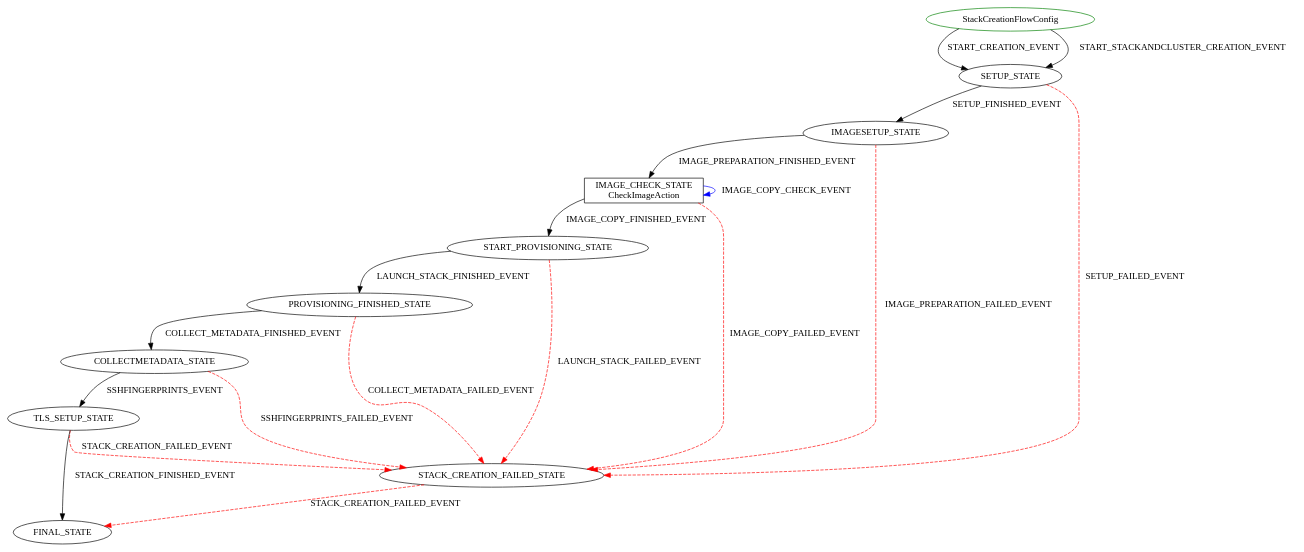
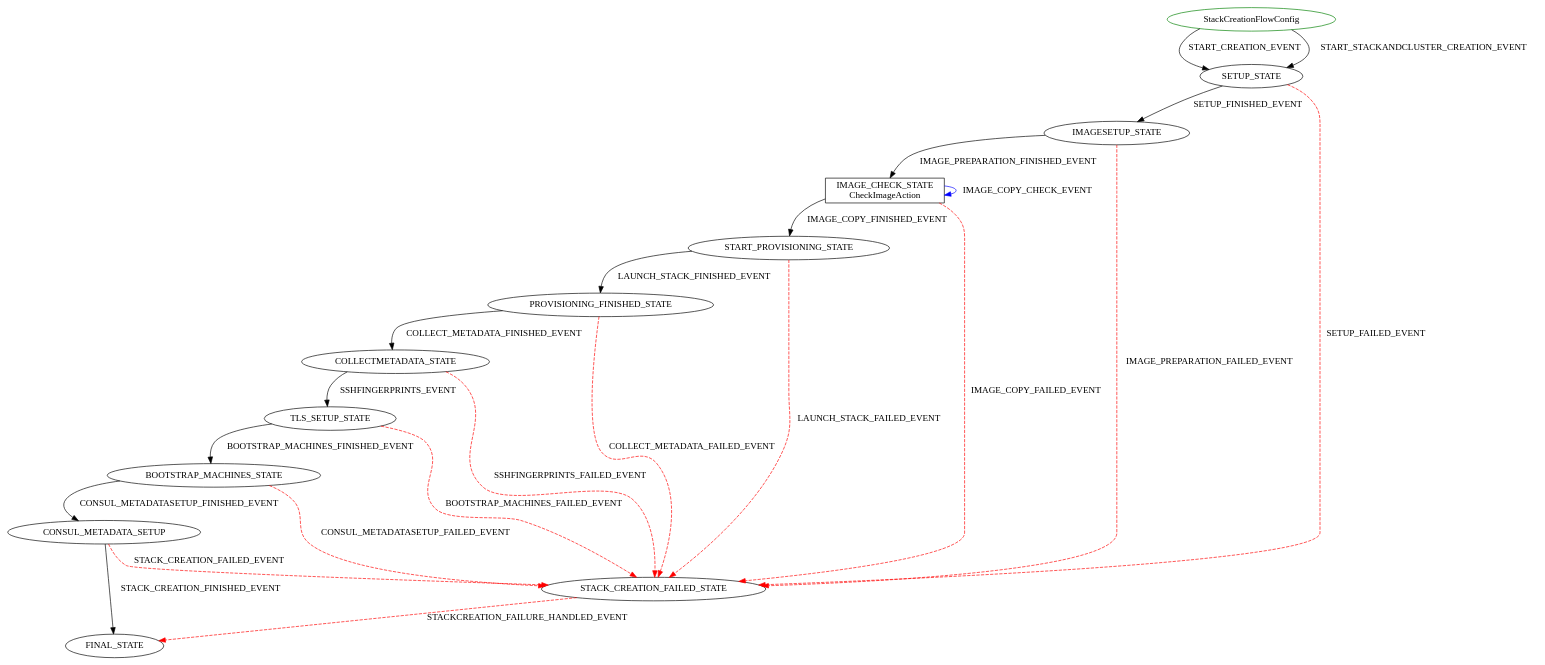
One commit to wprender/cloudbreak-docs changed the diagram in docs/diagrams/StackCreationFlowConfig.dot. Above: the diagram before and after it, drawn with Graphviz. The commit also changed 5 other files, not shown here.

Commit message:
CLOUD-57111 Cluster start/stop flow with the new flow engine, documentation

```diff
--- a/docs/diagrams/StackCreationFlowConfig.dot
+++ b/docs/diagrams/StackCreationFlowConfig.dot
@@ -1,22 +1,26 @@
 digraph {
 INIT_STATE [label="StackCreationFlowConfig" shape=ellipse color=green];
 INIT_STATE -> SETUP_STATE [label="START_CREATION_EVENT" color=black style=solid];
 INIT_STATE -> SETUP_STATE [label="START_STACKANDCLUSTER_CREATION_EVENT" color=black style=solid];
 SETUP_STATE -> IMAGESETUP_STATE [label="SETUP_FINISHED_EVENT" color=black style=solid];
 SETUP_STATE -> STACK_CREATION_FAILED_STATE [label="SETUP_FAILED_EVENT" color=red style=dashed];
-STACK_CREATION_FAILED_STATE -> FINAL_STATE [label="STACK_CREATION_FAILED_EVENT" color=red style=dashed];
+STACK_CREATION_FAILED_STATE -> FINAL_STATE [label="STACKCREATION_FAILURE_HANDLED_EVENT" color=red style=dashed];
 IMAGE_CHECK_STATE [label="IMAGE_CHECK_STATE\nCheckImageAction" shape=rect color=black];
 IMAGESETUP_STATE -> IMAGE_CHECK_STATE [label="IMAGE_PREPARATION_FINISHED_EVENT" color=black style=solid];
 IMAGESETUP_STATE -> STACK_CREATION_FAILED_STATE [label="IMAGE_PREPARATION_FAILED_EVENT" color=red style=dashed];
 IMAGE_CHECK_STATE -> IMAGE_CHECK_STATE [label="IMAGE_COPY_CHECK_EVENT" color=blue style=solid];
 IMAGE_CHECK_STATE -> STACK_CREATION_FAILED_STATE [label="IMAGE_COPY_FAILED_EVENT" color=red style=dashed];
 IMAGE_CHECK_STATE -> START_PROVISIONING_STATE [label="IMAGE_COPY_FINISHED_EVENT" color=black style=solid];
 START_PROVISIONING_STATE -> PROVISIONING_FINISHED_STATE [label="LAUNCH_STACK_FINISHED_EVENT" color=black style=solid];
 START_PROVISIONING_STATE -> STACK_CREATION_FAILED_STATE [label="LAUNCH_STACK_FAILED_EVENT" color=red style=dashed];
 PROVISIONING_FINISHED_STATE -> COLLECTMETADATA_STATE [label="COLLECT_METADATA_FINISHED_EVENT" color=black style=solid];
 PROVISIONING_FINISHED_STATE -> STACK_CREATION_FAILED_STATE [label="COLLECT_METADATA_FAILED_EVENT" color=red style=dashed];
 COLLECTMETADATA_STATE -> TLS_SETUP_STATE [label="SSHFINGERPRINTS_EVENT" color=black style=solid];
 COLLECTMETADATA_STATE -> STACK_CREATION_FAILED_STATE [label="SSHFINGERPRINTS_FAILED_EVENT" color=red style=dashed];
-TLS_SETUP_STATE -> FINAL_STATE [label="STACK_CREATION_FINISHED_EVENT" color=black style=solid];
-TLS_SETUP_STATE -> STACK_CREATION_FAILED_STATE [label="STACK_CREATION_FAILED_EVENT" color=red style=dashed];
+TLS_SETUP_STATE -> BOOTSTRAP_MACHINES_STATE [label="BOOTSTRAP_MACHINES_FINISHED_EVENT" color=black style=solid];
+TLS_SETUP_STATE -> STACK_CREATION_FAILED_STATE [label="BOOTSTRAP_MACHINES_FAILED_EVENT" color=red style=dashed];
+BOOTSTRAP_MACHINES_STATE -> CONSUL_METADATA_SETUP [label="CONSUL_METADATASETUP_FINISHED_EVENT" color=black style=solid];
+BOOTSTRAP_MACHINES_STATE -> STACK_CREATION_FAILED_STATE [label="CONSUL_METADATASETUP_FAILED_EVENT" color=red style=dashed];
+CONSUL_METADATA_SETUP -> FINAL_STATE [label="STACK_CREATION_FINISHED_EVENT" color=black style=solid];
+CONSUL_METADATA_SETUP -> STACK_CREATION_FAILED_STATE [label="STACK_CREATION_FAILED_EVENT" color=red style=dashed];
 }
```
